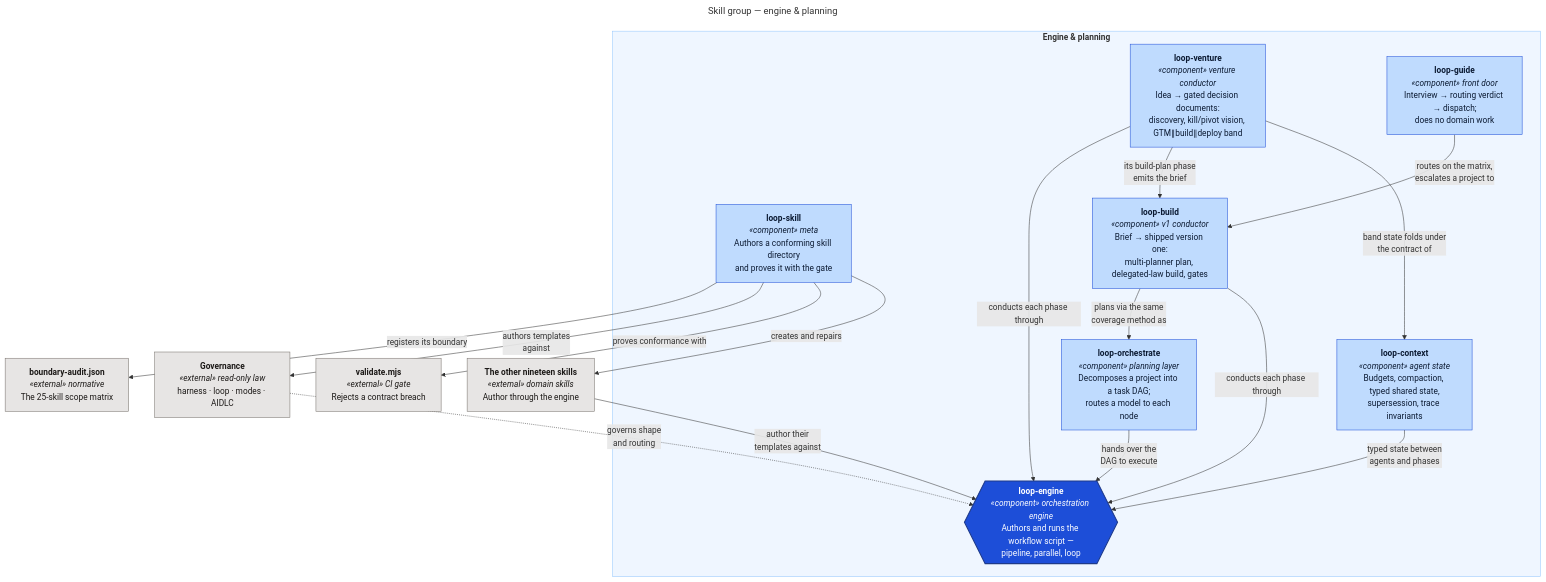
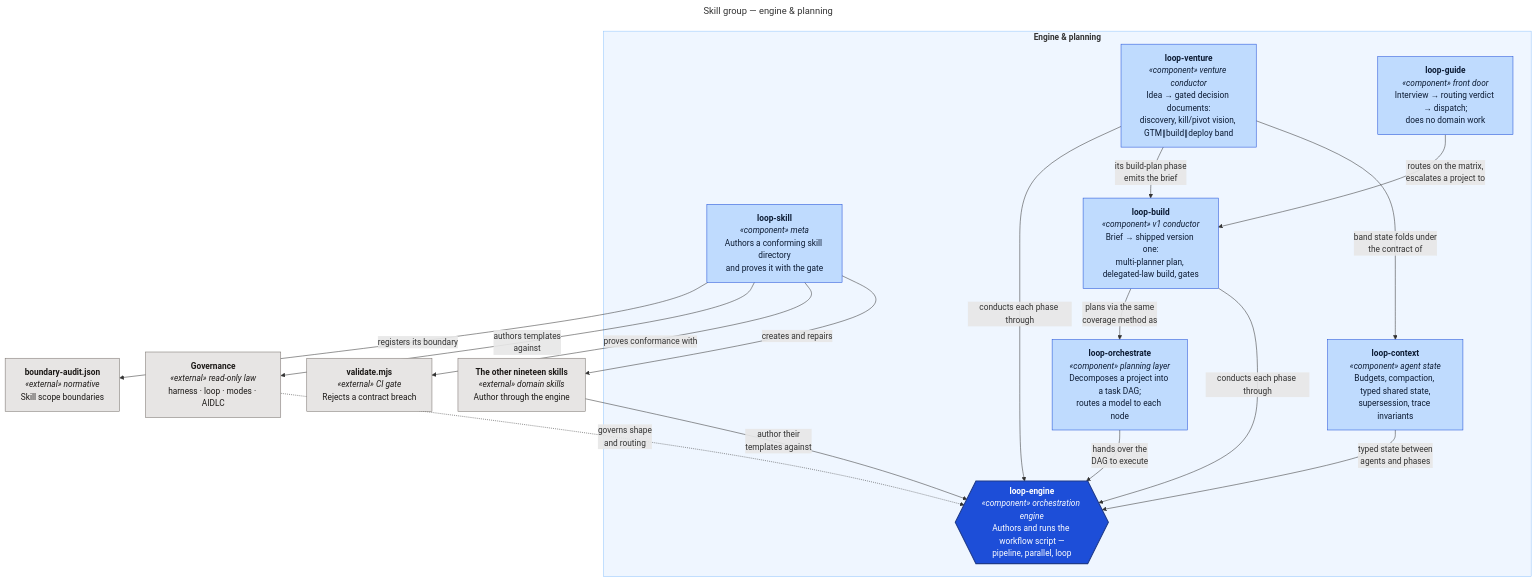
One commit to santapong/Proof changed the diagram in docs/c4/diagrams/src/skills-engine-planning.mmd. Above: the diagram before and after it, drawn with Mermaid. The commit also changed 36 other files, not shown here.

Commit message:
docs: refresh README and architecture with verified SVG diagrams

```diff
--- a/docs/c4/diagrams/src/skills-engine-planning.mmd
+++ b/docs/c4/diagrams/src/skills-engine-planning.mmd
@@ -1,41 +1,41 @@
 ---
 title: "Skill group — engine & planning"
 ---
 flowchart TB
     subgraph g["<b>Engine &amp; planning</b>"]
         eng{{"<b>loop-engine</b><br/><i>«component» orchestration engine</i><br/>Authors and runs the workflow script —<br/>pipeline, parallel, loop"}}
         orch["<b>loop-orchestrate</b><br/><i>«component» planning layer</i><br/>Decomposes a project into a task DAG;<br/>routes a model to each node"]
         mk["<b>loop-skill</b><br/><i>«component» meta</i><br/>Authors a conforming skill directory<br/>and proves it with the gate"]
         build["<b>loop-build</b><br/><i>«component» v1 conductor</i><br/>Brief → shipped version one:<br/>multi-planner plan, delegated-law build, gates"]
         vent["<b>loop-venture</b><br/><i>«component» venture conductor</i><br/>Idea → gated decision documents:<br/>discovery, kill/pivot vision, GTM∥build∥deploy band"]
         ctx["<b>loop-context</b><br/><i>«component» agent state</i><br/>Budgets, compaction, typed shared state,<br/>supersession, trace invariants"]
         guide["<b>loop-guide</b><br/><i>«component» front door</i><br/>Interview → routing verdict → dispatch;<br/>does no domain work"]
     end
 
     law["<b>Governance</b><br/><i>«external» read-only law</i><br/>harness · loop · modes · AIDLC"]
-    audit["<b>boundary-audit.json</b><br/><i>«external» normative</i><br/>The 25-skill scope matrix"]
+    audit["<b>boundary-audit.json</b><br/><i>«external» normative</i><br/>Skill scope boundaries"]
     gate["<b>validate.mjs</b><br/><i>«external» CI gate</i><br/>Rejects a contract breach"]
     all["<b>The other nineteen skills</b><br/><i>«external» domain skills</i><br/>Author through the engine"]
 
     law -. "governs shape<br/>and routing" .-> eng
     orch -- "hands over the<br/>DAG to execute" --> eng
     all -- "author their<br/>templates against" --> eng
     mk -- "registers its boundary" --> audit
     mk -- "authors templates<br/>against" --> law
     mk -- "proves conformance with" --> gate
     mk -- "creates and repairs" --> all
     build -- "plans via the same<br/>coverage method as" --> orch
     build -- "conducts each phase through" --> eng
     vent -- "conducts each phase through" --> eng
     vent -- "its build-plan phase<br/>emits the brief" --> build
     vent -- "band state folds under<br/>the contract of" --> ctx
     ctx -- "typed state between<br/>agents and phases" --> eng
     guide -- "routes on the matrix,<br/>escalates a project to" --> build
 
     classDef component fill:#BFDBFE,stroke:#1D4ED8,color:#0C1B33
     classDef extc fill:#E7E5E4,stroke:#78716C,color:#1C1917
     classDef engine fill:#1D4ED8,stroke:#1E3A8A,stroke-width:2px,color:#FFFFFF
     class eng engine
     class orch,mk,build,vent,ctx,guide component
     class law,audit,gate,all extc
     style g fill:#EFF6FF,stroke:#93C5FD
```
